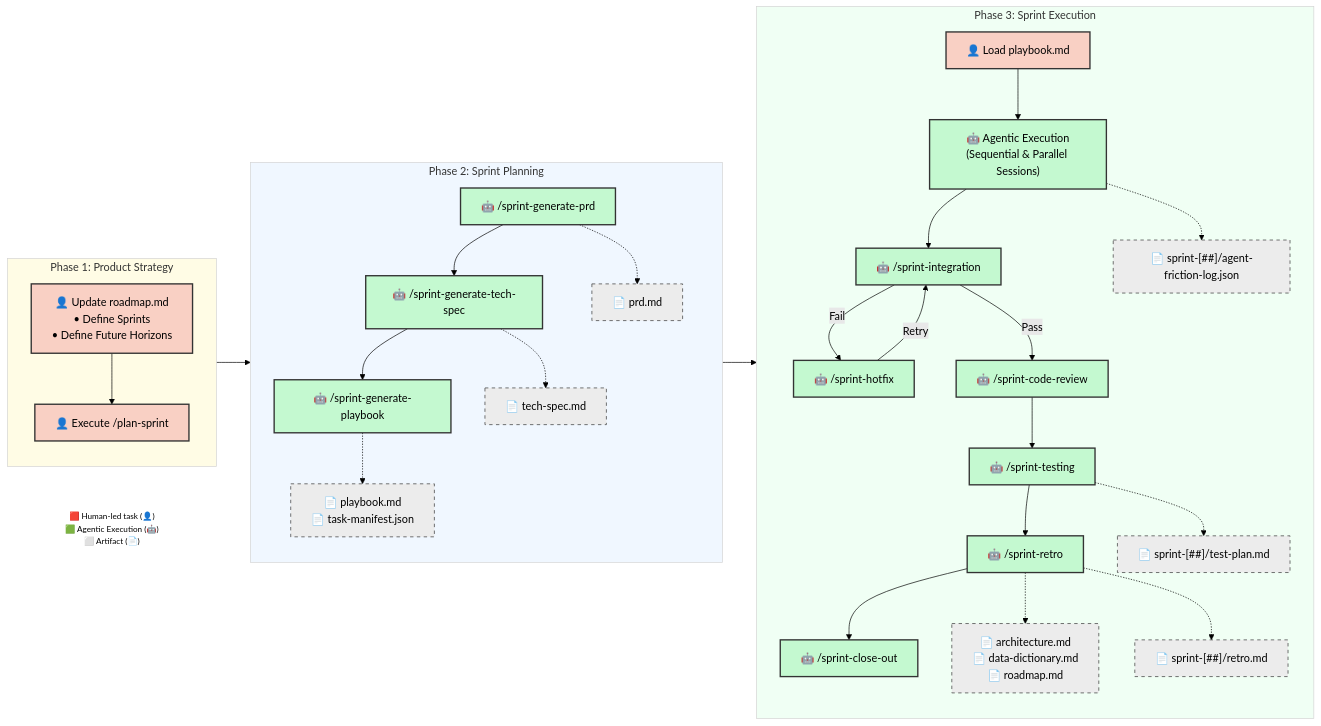
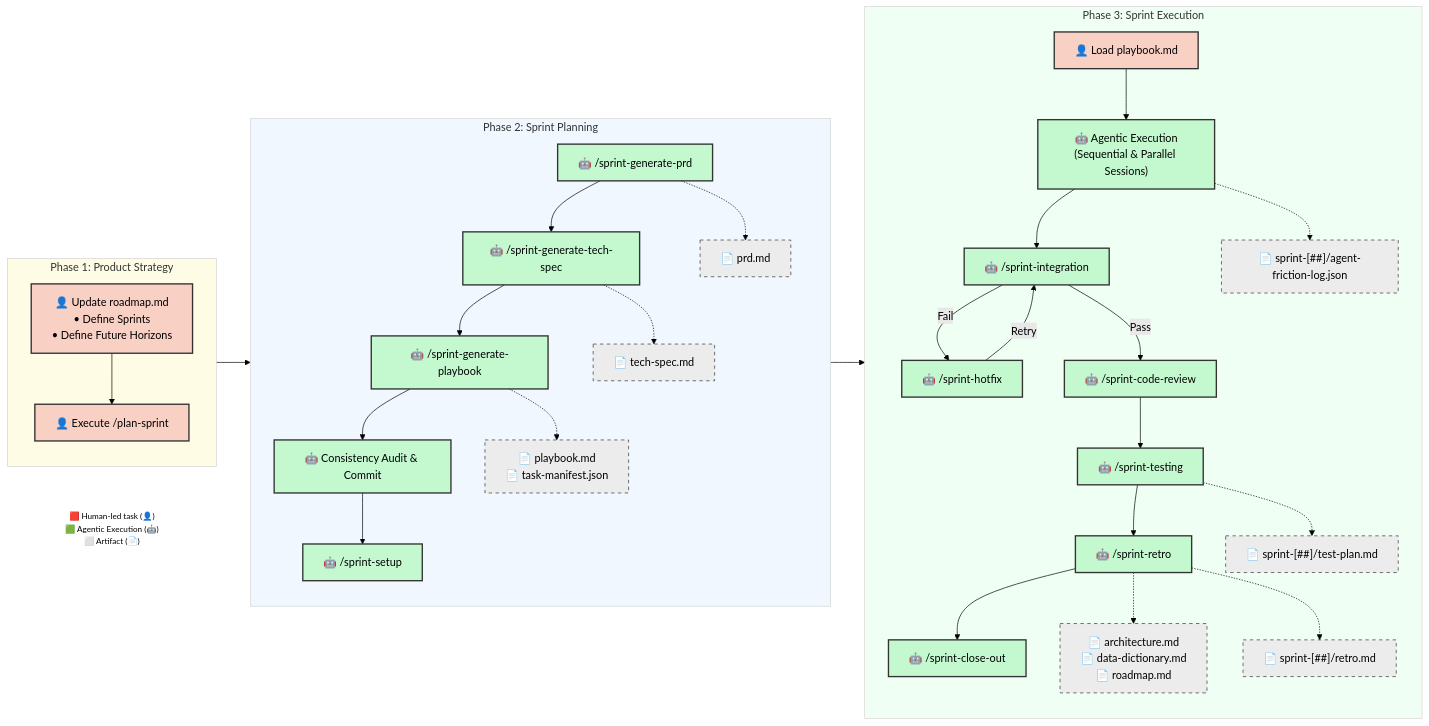
One commit to dsj1984/agent-protocols changed the diagram in .agents/SDLC.md. Above: the diagram before and after it, drawn with Mermaid (forest theme). The commit also changed other lines of this file and 5 other files, not shown here.

Commit message:
chore: bump version to 4.7.2 and restructure plan-sprint to commit artifacts to main

````diff
--- a/.agents/SDLC.md
+++ b/.agents/SDLC.md
@@ -33,67 +33,71 @@
 ```mermaid
     graph LR
     classDef manual fill:#f9d0c4,stroke:#333,stroke-width:2px,color:#000;
     classDef agentic fill:#c4f9d0,stroke:#333,stroke-width:2px,color:#000;
     classDef artifact fill:#ececec,stroke:#333,stroke-width:1px,stroke-dasharray: 5 5,color:#000;
     classDef LegendNode fill:transparent,stroke:transparent,font-size:12px;
 
     %% Legend
     Legend["🟥 Human-led task (👤)<br/>🟩 Agentic Execution (🤖)<br/>⬜ Artifact (📄)"]:::LegendNode
 
     %% Phase 1: Product Strategy
     subgraph Phase1 ["Phase 1: Product Strategy"]
         direction TB
         B["👤 Update roadmap.md<br/>• Define Sprints<br/>• Define Future Horizons"]:::manual
         D["👤 Execute /plan-sprint"]:::manual
         B --> D
     end
 
     %% Phase 2: Automated Planning
     subgraph Phase2 ["Phase 2: Sprint Planning"]
         direction TB
         F["🤖 /sprint-generate-prd"]:::agentic
         G["🤖 /sprint-generate-tech-spec"]:::agentic
         H["🤖 /sprint-generate-playbook"]:::agentic
+        H2["🤖 Consistency Audit & Commit"]:::agentic
+        H3["🤖 /sprint-setup"]:::agentic
 
         F --> G
         G --> H
+        H --> H2
+        H2 --> H3
 
         F -.-> F_Art["📄 prd.md"]:::artifact
         G -.-> G_Art["📄 tech-spec.md"]:::artifact
         H -.-> H_Art["📄 playbook.md<br/>📄 task-manifest.json"]:::artifact
     end
 
     %% Phase 3: Execution & Closure
     subgraph Phase3 ["Phase 3: Sprint Execution"]
         direction TB
         I["👤 Load playbook.md"]:::manual
         J["🤖 Agentic Execution<br/>(Sequential & Parallel Sessions)"]:::agentic
         K["🤖 /sprint-integration"]:::agentic
         K_Fix["🤖 /sprint-hotfix"]:::agentic
         L["🤖 /sprint-testing"]:::agentic
         O["🤖 /sprint-code-review"]:::agentic
         P["🤖 /sprint-retro"]:::agentic
         Q2["🤖 /sprint-close-out"]:::agentic
 
         I --> J
         J --> K
         K -- "Fail" --> K_Fix
         K_Fix -- "Retry" --> K
         K -- "Pass" --> O
         O --> L
         L --> P
         P --> Q2
 
         L -.-> L_Art["📄 sprint-[##]/test-plan.md"]:::artifact
         J -.-> J_Log["📄 sprint-[##]/agent-friction-log.json"]:::artifact
         P -.-> Q["📄 architecture.md<br/>📄 data-dictionary.md<br/>📄 roadmap.md"]:::artifact
         P -.-> R["📄 sprint-[##]/retro.md"]:::artifact
     end
 
     style Phase1 fill:#fffce5,stroke:#d4d4d4,padding:0px
     style Phase2 fill:#f0f7ff,stroke:#d4d4d4,padding:0px
     style Phase3 fill:#f0fff4,stroke:#d4d4d4,padding:0px
 
     D --> F
     H_Art --> I
 ```
````
